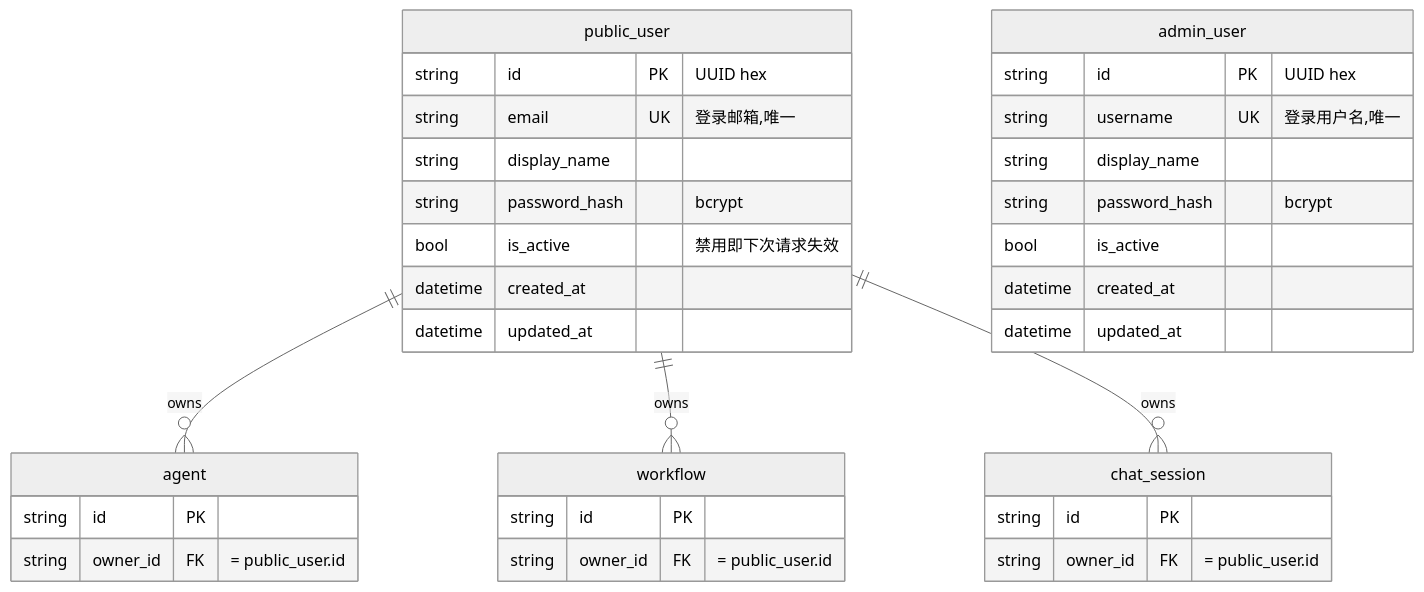
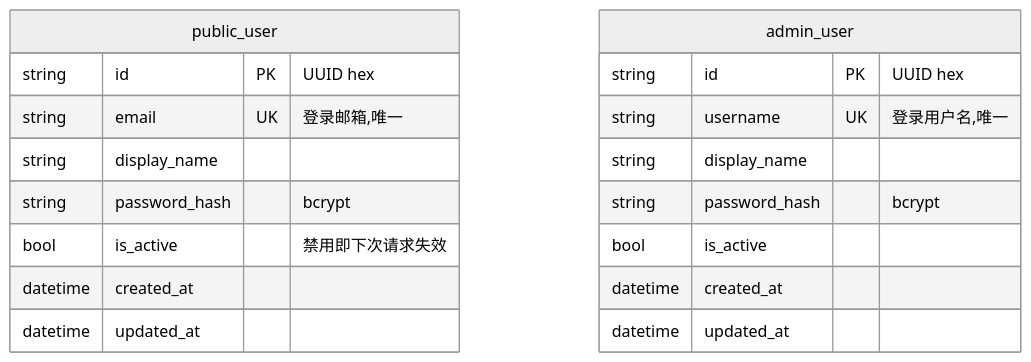
One commit to ZataZhang/zata-codes-template changed the sixth of 6 diagrams in docs/architecture/authentication.md. Above: the diagram before and after it, drawn with Mermaid (neutral theme). The commit also changed other lines of this file and 116 other files, not shown here.

First line of the commit message:
refactor(template): 摘除后端 Agent/Workflow/Session/Tools 业务域

````diff
--- a/docs/architecture/authentication.md
+++ b/docs/architecture/authentication.md
@@ -264,37 +263,21 @@
 ```mermaid
 erDiagram
     public_user {
         string id PK "UUID hex"
         string email UK "登录邮箱,唯一"
         string display_name
         string password_hash "bcrypt"
         bool is_active "禁用即下次请求失效"
         datetime created_at
         datetime updated_at
     }
     admin_user {
         string id PK "UUID hex"
         string username UK "登录用户名,唯一"
         string display_name
         string password_hash "bcrypt"
         bool is_active
         datetime created_at
         datetime updated_at
     }
-    agent {
-        string id PK
-        string owner_id FK "= public_user.id"
-    }
-    workflow {
-        string id PK
-        string owner_id FK "= public_user.id"
-    }
-    chat_session {
-        string id PK
-        string owner_id FK "= public_user.id"
-    }
-
-    public_user ||--o{ agent : owns
-    public_user ||--o{ workflow : owns
-    public_user ||--o{ chat_session : owns
 ```
````
